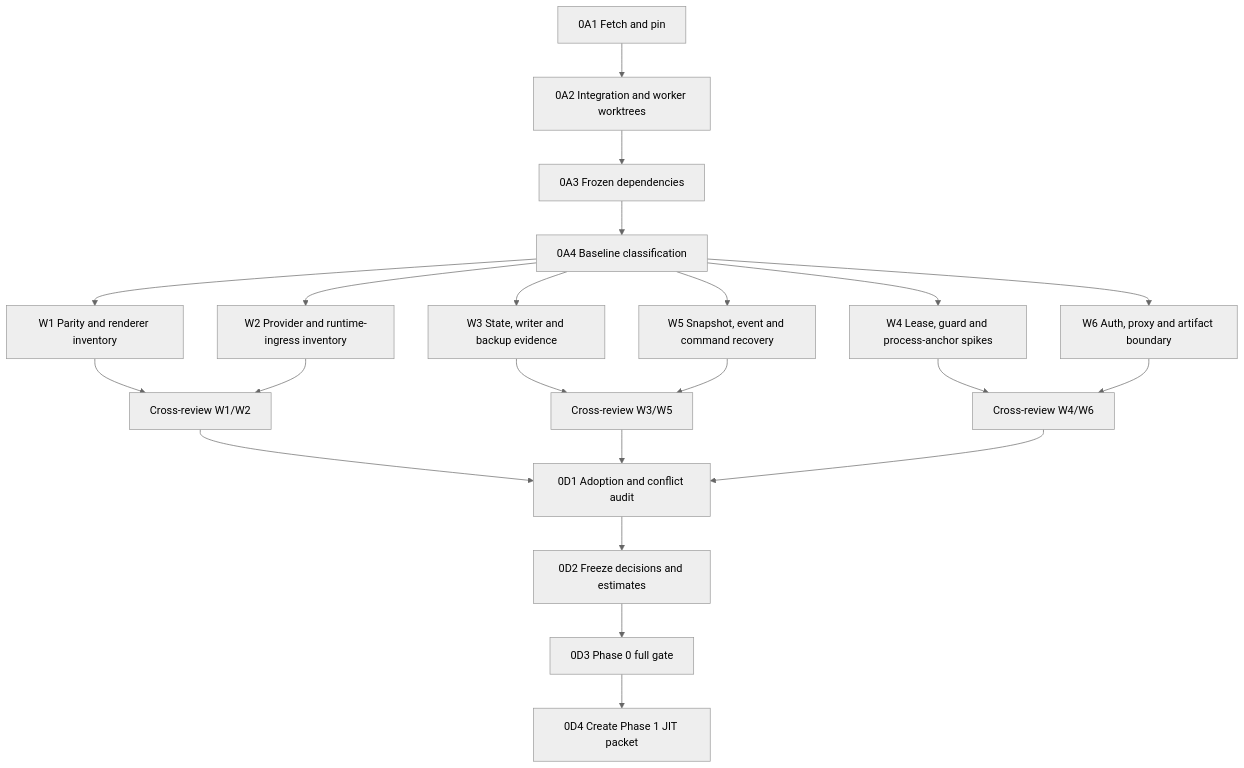
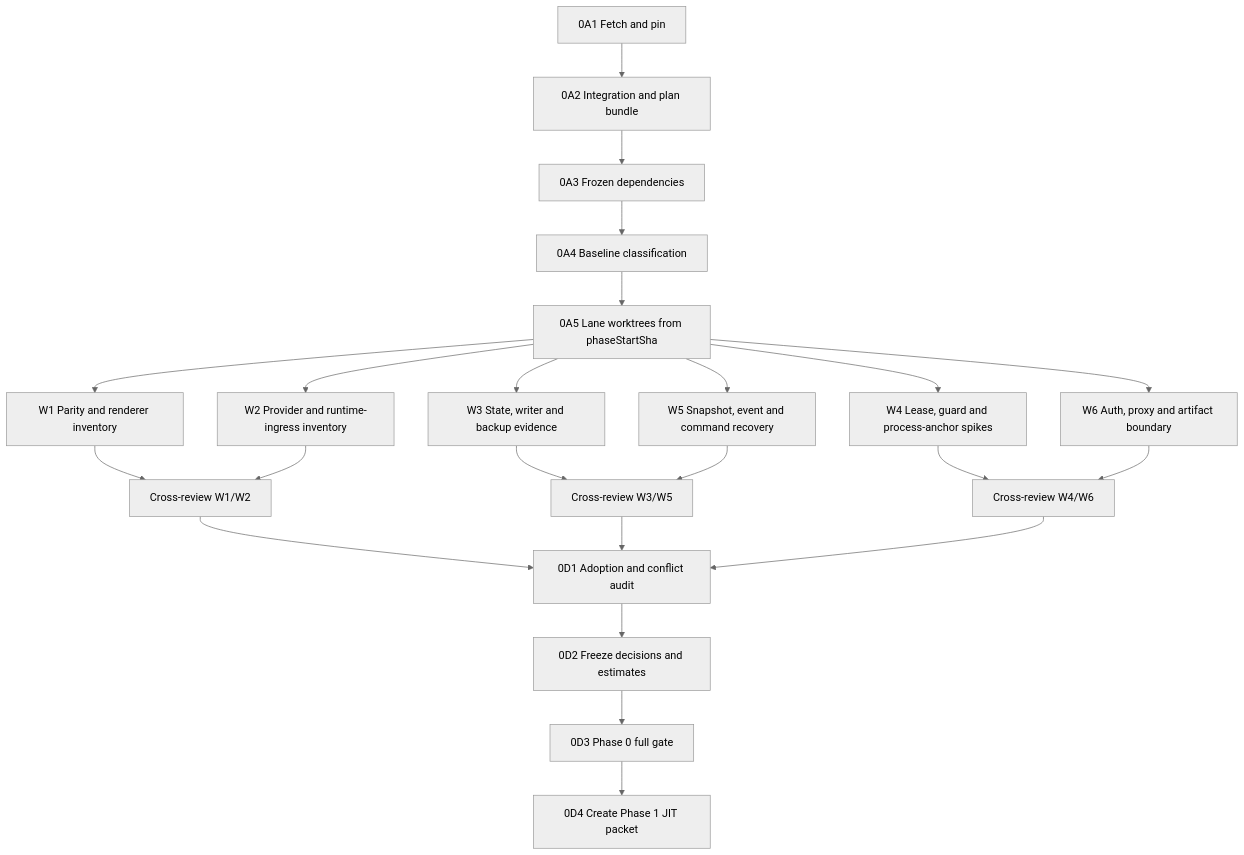
Before and after one commit to 777genius/agent-teams-ai: the diagram in docs/hosted-web-phase-0-execution-packet.md, drawn with Mermaid (neutral theme). The commit also changed other lines of this file and 11 other files, not shown here.

````diff
--- a/docs/hosted-web-phase-0-execution-packet.md
+++ b/docs/hosted-web-phase-0-execution-packet.md
@@ -164,24 +199,25 @@
 ```mermaid
 flowchart TD
-    A1["0A1 Fetch and pin"] --> A2["0A2 Integration and worker worktrees"]
+    A1["0A1 Fetch and pin"] --> A2["0A2 Integration and plan bundle"]
     A2 --> A3["0A3 Frozen dependencies"]
     A3 --> A4["0A4 Baseline classification"]
-    A4 --> W1["W1 Parity and renderer inventory"]
-    A4 --> W2["W2 Provider and runtime-ingress inventory"]
-    A4 --> W3["W3 State, writer and backup evidence"]
-    A4 --> W4["W4 Lease, guard and process-anchor spikes"]
-    A4 --> W5["W5 Snapshot, event and command recovery"]
-    A4 --> W6["W6 Auth, proxy and artifact boundary"]
+    A4 --> A5["0A5 Lane worktrees from phaseStartSha"]
+    A5 --> W1["W1 Parity and renderer inventory"]
+    A5 --> W2["W2 Provider and runtime-ingress inventory"]
+    A5 --> W3["W3 State, writer and backup evidence"]
+    A5 --> W4["W4 Lease, guard and process-anchor spikes"]
+    A5 --> W5["W5 Snapshot, event and command recovery"]
+    A5 --> W6["W6 Auth, proxy and artifact boundary"]
     W1 --> R12["Cross-review W1/W2"]
     W2 --> R12
     W3 --> R35["Cross-review W3/W5"]
     W5 --> R35
     W4 --> R46["Cross-review W4/W6"]
     W6 --> R46
     R12 --> D1["0D1 Adoption and conflict audit"]
     R35 --> D1
     R46 --> D1
     D1 --> D2["0D2 Freeze decisions and estimates"]
     D2 --> D3["0D3 Phase 0 full gate"]
     D3 --> D4["0D4 Create Phase 1 JIT packet"]
 ```
````
